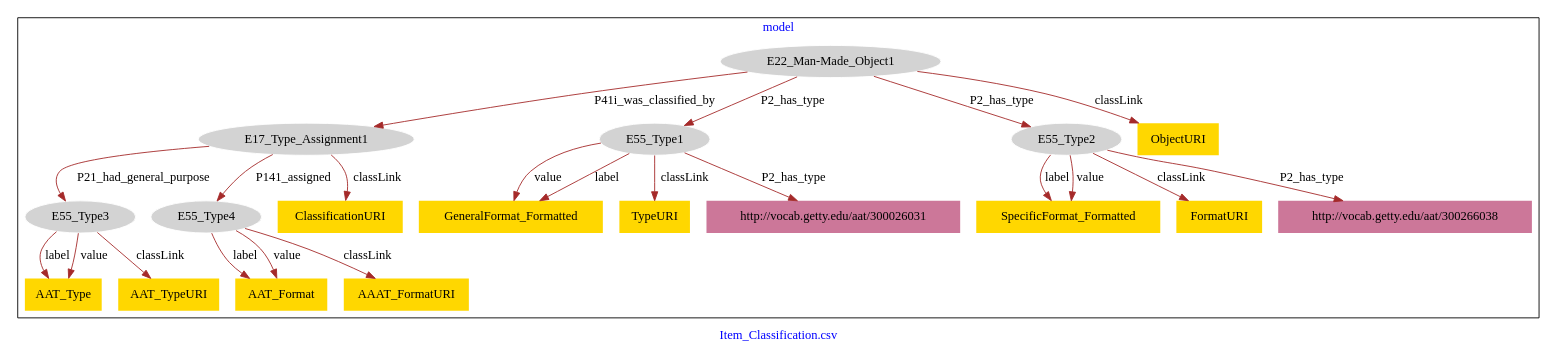
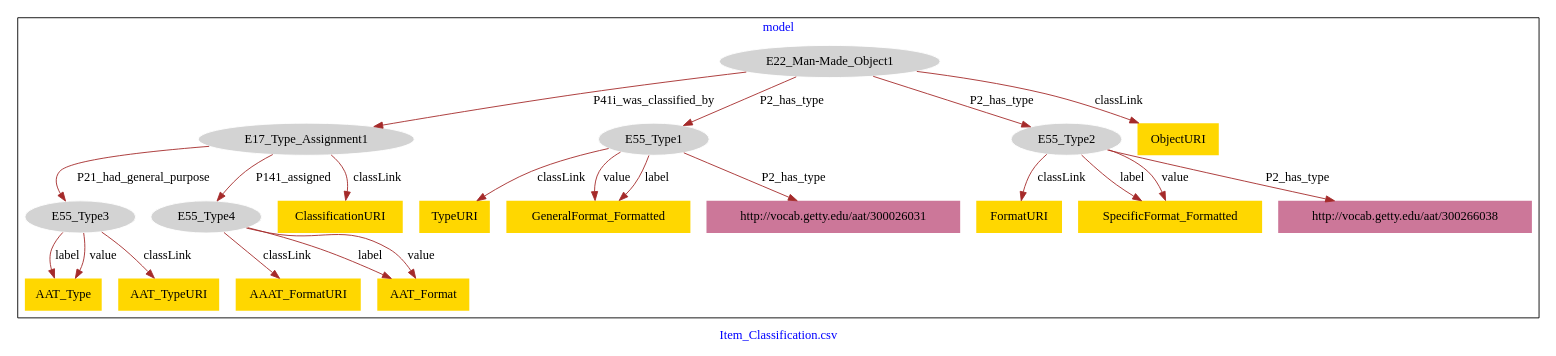
One commit to american-art/aaa changed the diagram in Item_Classification/Item_Classification-model.dot. Above: the diagram before and after it, drawn with Graphviz.

Commit message:
Update file Item_Classification-model.dot

```diff
--- a/Item_Classification/Item_Classification-model.dot
+++ b/Item_Classification/Item_Classification-model.dot
@@ -1,47 +1,47 @@
 digraph n0 {
 fontcolor="blue"
 remincross="true"
 label="Item_Classification.csv"
 subgraph cluster {
 label="model"
 n2[style="filled",color="white",fillcolor="lightgray",label="E17_Type_Assignment1"];
 n3[style="filled",color="white",fillcolor="lightgray",label="E55_Type3"];
 n4[style="filled",color="white",fillcolor="lightgray",label="E55_Type4"];
 n5[style="filled",color="white",fillcolor="lightgray",label="E22_Man-Made_Object1"];
 n6[style="filled",color="white",fillcolor="lightgray",label="E55_Type1"];
 n7[style="filled",color="white",fillcolor="lightgray",label="E55_Type2"];
-n8[shape="plaintext",style="filled",fillcolor="gold",label="GeneralFormat_Formatted"];
-n9[shape="plaintext",style="filled",fillcolor="gold",label="AAT_Format"];
-n10[shape="plaintext",style="filled",fillcolor="gold",label="AAAT_FormatURI"];
-n11[shape="plaintext",style="filled",fillcolor="gold",label="TypeURI"];
-n12[shape="plaintext",style="filled",fillcolor="gold",label="AAT_Type"];
+n8[shape="plaintext",style="filled",fillcolor="gold",label="FormatURI"];
+n9[shape="plaintext",style="filled",fillcolor="gold",label="TypeURI"];
+n10[shape="plaintext",style="filled",fillcolor="gold",label="SpecificFormat_Formatted"];
+n11[shape="plaintext",style="filled",fillcolor="gold",label="AAT_Type"];
+n12[shape="plaintext",style="filled",fillcolor="gold",label="AAAT_FormatURI"];
 n13[shape="plaintext",style="filled",fillcolor="gold",label="ObjectURI"];
-n14[shape="plaintext",style="filled",fillcolor="gold",label="AAT_TypeURI"];
-n15[shape="plaintext",style="filled",fillcolor="gold",label="SpecificFormat_Formatted"];
+n14[shape="plaintext",style="filled",fillcolor="gold",label="GeneralFormat_Formatted"];
+n15[shape="plaintext",style="filled",fillcolor="gold",label="AAT_TypeURI"];
 n16[shape="plaintext",style="filled",fillcolor="gold",label="ClassificationURI"];
-n17[shape="plaintext",style="filled",fillcolor="gold",label="FormatURI"];
+n17[shape="plaintext",style="filled",fillcolor="gold",label="AAT_Format"];
 n18[shape="plaintext",style="filled",fillcolor="#CC7799",label="http://vocab.getty.edu/aat/300026031"];
 n19[shape="plaintext",style="filled",fillcolor="#CC7799",label="http://vocab.getty.edu/aat/300266038"];
 }
 n2 -> n3[color="brown",fontcolor="black",label="P21_had_general_purpose"]
 n2 -> n4[color="brown",fontcolor="black",label="P141_assigned"]
 n5 -> n2[color="brown",fontcolor="black",label="P41i_was_classified_by"]
 n5 -> n6[color="brown",fontcolor="black",label="P2_has_type"]
 n5 -> n7[color="brown",fontcolor="black",label="P2_has_type"]
-n6 -> n8[color="brown",fontcolor="black",label="value"]
-n4 -> n9[color="brown",fontcolor="black",label="label"]
-n4 -> n10[color="brown",fontcolor="black",label="classLink"]
-n6 -> n11[color="brown",fontcolor="black",label="classLink"]
-n3 -> n12[color="brown",fontcolor="black",label="label"]
+n7 -> n8[color="brown",fontcolor="black",label="classLink"]
+n6 -> n9[color="brown",fontcolor="black",label="classLink"]
+n7 -> n10[color="brown",fontcolor="black",label="label"]
+n3 -> n11[color="brown",fontcolor="black",label="label"]
+n4 -> n12[color="brown",fontcolor="black",label="classLink"]
 n5 -> n13[color="brown",fontcolor="black",label="classLink"]
-n3 -> n14[color="brown",fontcolor="black",label="classLink"]
-n7 -> n15[color="brown",fontcolor="black",label="label"]
+n6 -> n14[color="brown",fontcolor="black",label="value"]
+n3 -> n15[color="brown",fontcolor="black",label="classLink"]
 n2 -> n16[color="brown",fontcolor="black",label="classLink"]
-n7 -> n17[color="brown",fontcolor="black",label="classLink"]
-n6 -> n8[color="brown",fontcolor="black",label="label"]
+n4 -> n17[color="brown",fontcolor="black",label="label"]
+n4 -> n17[color="brown",fontcolor="black",label="value"]
+n6 -> n14[color="brown",fontcolor="black",label="label"]
+n7 -> n10[color="brown",fontcolor="black",label="value"]
 n6 -> n18[color="brown",fontcolor="black",label="P2_has_type"]
-n4 -> n9[color="brown",fontcolor="black",label="value"]
-n3 -> n12[color="brown",fontcolor="black",label="value"]
-n7 -> n15[color="brown",fontcolor="black",label="value"]
 n7 -> n19[color="brown",fontcolor="black",label="P2_has_type"]
+n3 -> n11[color="brown",fontcolor="black",label="value"]
 }
```
